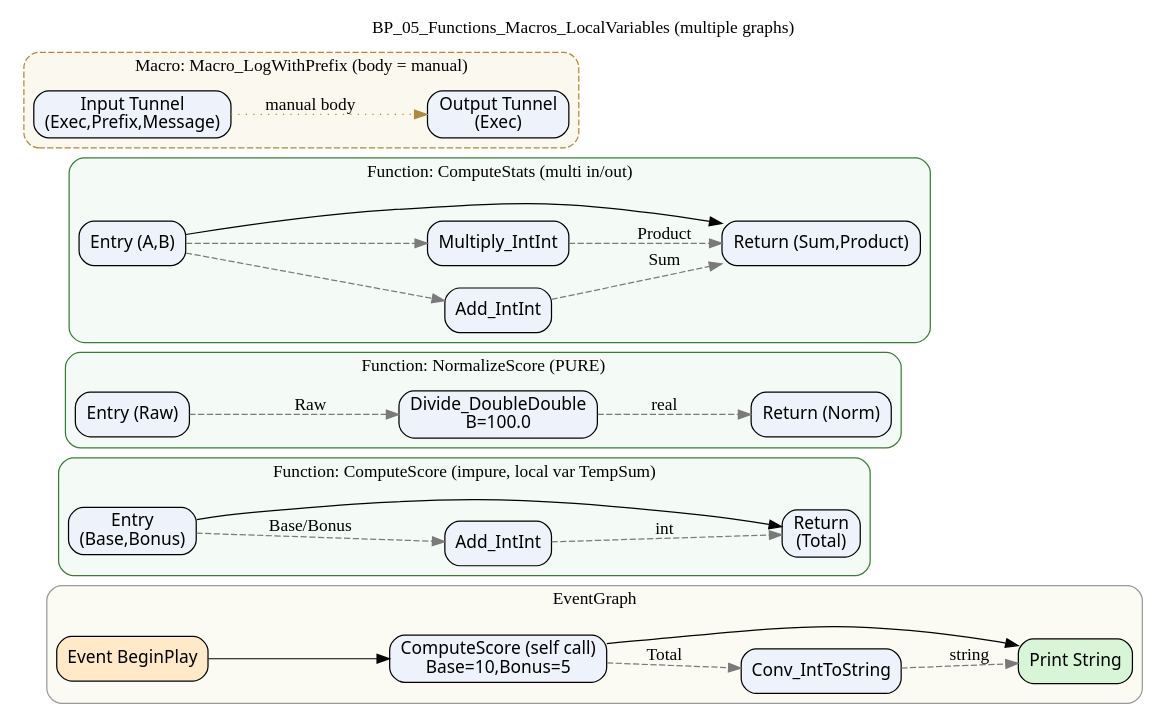
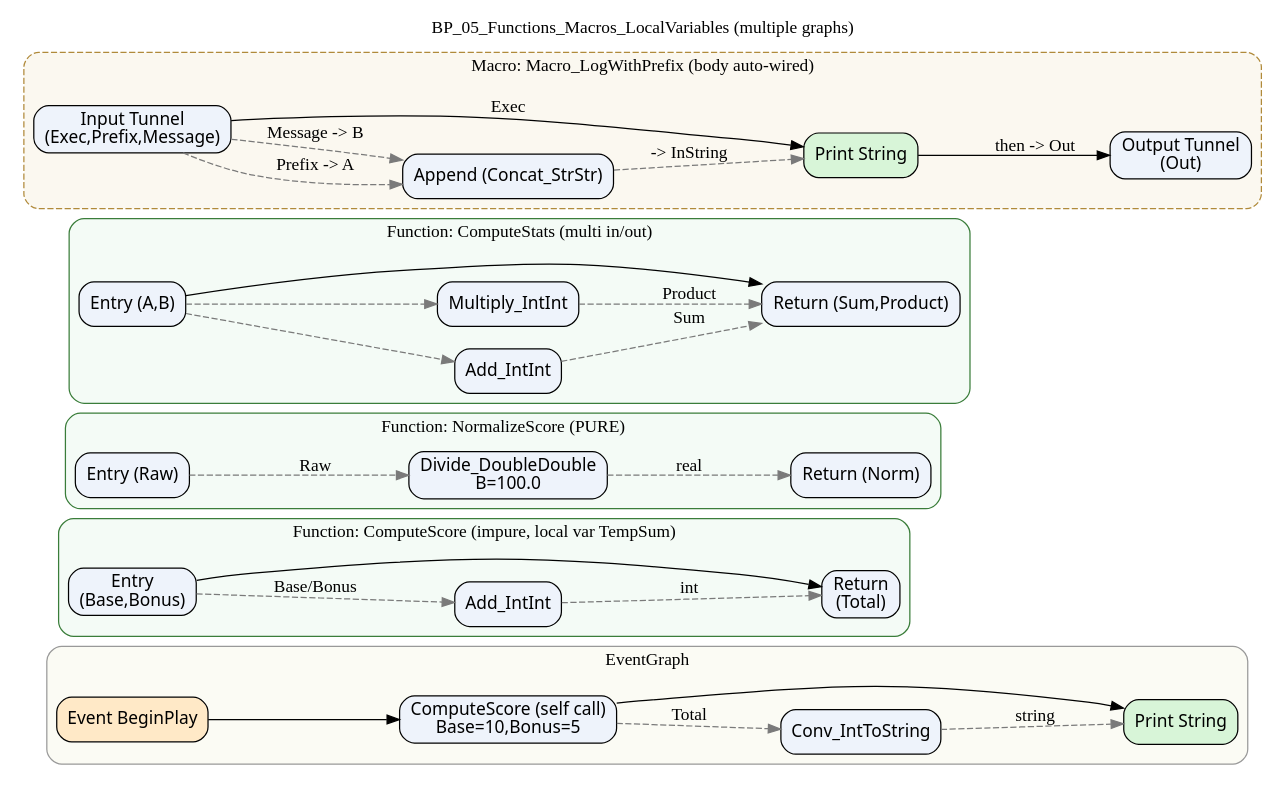
One commit to CiaranCw/BlueprintAnalyseTool changed the diagram in bpparser_testgen/deliverables/viz/BP_05_Functions_Macros_LocalVariables.dot. Above: the diagram before and after it, drawn with Graphviz. The commit also changed 12 other files, not shown here.

First line of the commit message:
Wire BP_05 Macro_LogWithPrefix body + fix tunnel exec name collision

```diff
--- a/bpparser_testgen/deliverables/viz/BP_05_Functions_Macros_LocalVariables.dot
+++ b/bpparser_testgen/deliverables/viz/BP_05_Functions_Macros_LocalVariables.dot
@@ -1,40 +1,43 @@
 // BP_05_Functions_Macros_LocalVariables - multi-graph structure
 // Edge legend: solid=exec, dashed=data
 digraph BP_05_Functions_Macros_LocalVariables {
   rankdir=LR;
   labelloc="t"; label="BP_05_Functions_Macros_LocalVariables (multiple graphs)";
   node [shape=box, style="rounded,filled", fillcolor="#eef3fb", fontname="Segoe UI"];
 
   subgraph cluster_event {
     label="EventGraph"; style="rounded"; color="#999999"; bgcolor="#fbfbf4";
     e1 [label="Event BeginPlay", fillcolor="#ffe9c7"];
     e2 [label="ComputeScore (self call)\nBase=10,Bonus=5"];
     e3 [label="Conv_IntToString"];
     e4 [label="Print String", fillcolor="#d8f5d8"];
     e1 -> e2 [color=black]; e2 -> e4 [color=black];
     e2 -> e3 [style=dashed,color="#7a7a7a",label="Total"]; e3 -> e4 [style=dashed,color="#7a7a7a",label="string"];
   }
   subgraph cluster_cs {
     label="Function: ComputeScore (impure, local var TempSum)"; style="rounded"; color="#3a7d3a"; bgcolor="#f4fbf6";
     f1 [label="Entry\n(Base,Bonus)"]; f2 [label="Add_IntInt"]; f3 [label="Return\n(Total)"];
     f1 -> f3 [color=black];
     f1 -> f2 [style=dashed,color="#7a7a7a",label="Base/Bonus"]; f2 -> f3 [style=dashed,color="#7a7a7a",label="int"];
   }
   subgraph cluster_ns {
     label="Function: NormalizeScore (PURE)"; style="rounded"; color="#3a7d3a"; bgcolor="#f4fbf6";
     g1 [label="Entry (Raw)"]; g2 [label="Divide_DoubleDouble\nB=100.0"]; g3 [label="Return (Norm)"];
     g1 -> g2 [style=dashed,color="#7a7a7a",label="Raw"]; g2 -> g3 [style=dashed,color="#7a7a7a",label="real"];
   }
   subgraph cluster_st {
     label="Function: ComputeStats (multi in/out)"; style="rounded"; color="#3a7d3a"; bgcolor="#f4fbf6";
     h1 [label="Entry (A,B)"]; h2 [label="Add_IntInt"]; h3 [label="Multiply_IntInt"]; h4 [label="Return (Sum,Product)"];
     h1 -> h4 [color=black];
     h1 -> h2 [style=dashed,color="#7a7a7a"]; h1 -> h3 [style=dashed,color="#7a7a7a"];
     h2 -> h4 [style=dashed,color="#7a7a7a",label="Sum"]; h3 -> h4 [style=dashed,color="#7a7a7a",label="Product"];
   }
   subgraph cluster_macro {
-    label="Macro: Macro_LogWithPrefix (body = manual)"; style="rounded,dashed"; color="#b08a3a"; bgcolor="#fbf8f0";
-    m1 [label="Input Tunnel\n(Exec,Prefix,Message)"]; m2 [label="Output Tunnel\n(Exec)"];
-    m1 -> m2 [style=dotted,color="#b08a3a",label="manual body"];
+    label="Macro: Macro_LogWithPrefix (body auto-wired)"; style="rounded,dashed"; color="#b08a3a"; bgcolor="#fbf8f0";
+    m1 [label="Input Tunnel\n(Exec,Prefix,Message)"]; m2 [label="Output Tunnel\n(Out)"];
+    m3 [label="Append (Concat_StrStr)"]; m4 [label="Print String", fillcolor="#d8f5d8"];
+    m1 -> m4 [color=black,label="Exec"]; m4 -> m2 [color=black,label="then -> Out"];
+    m1 -> m3 [style=dashed,color="#7a7a7a",label="Prefix -> A"]; m1 -> m3 [style=dashed,color="#7a7a7a",label="Message -> B"];
+    m3 -> m4 [style=dashed,color="#7a7a7a",label="-> InString"];
   }
 }
```
